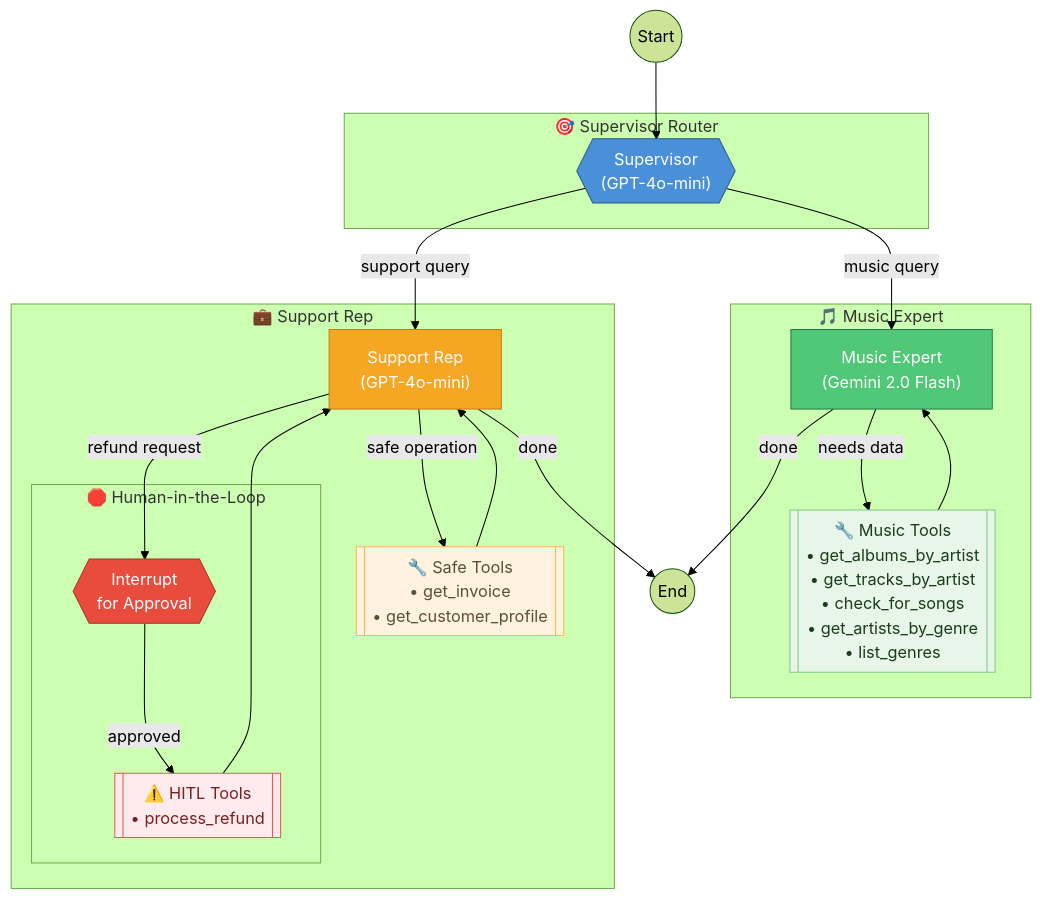
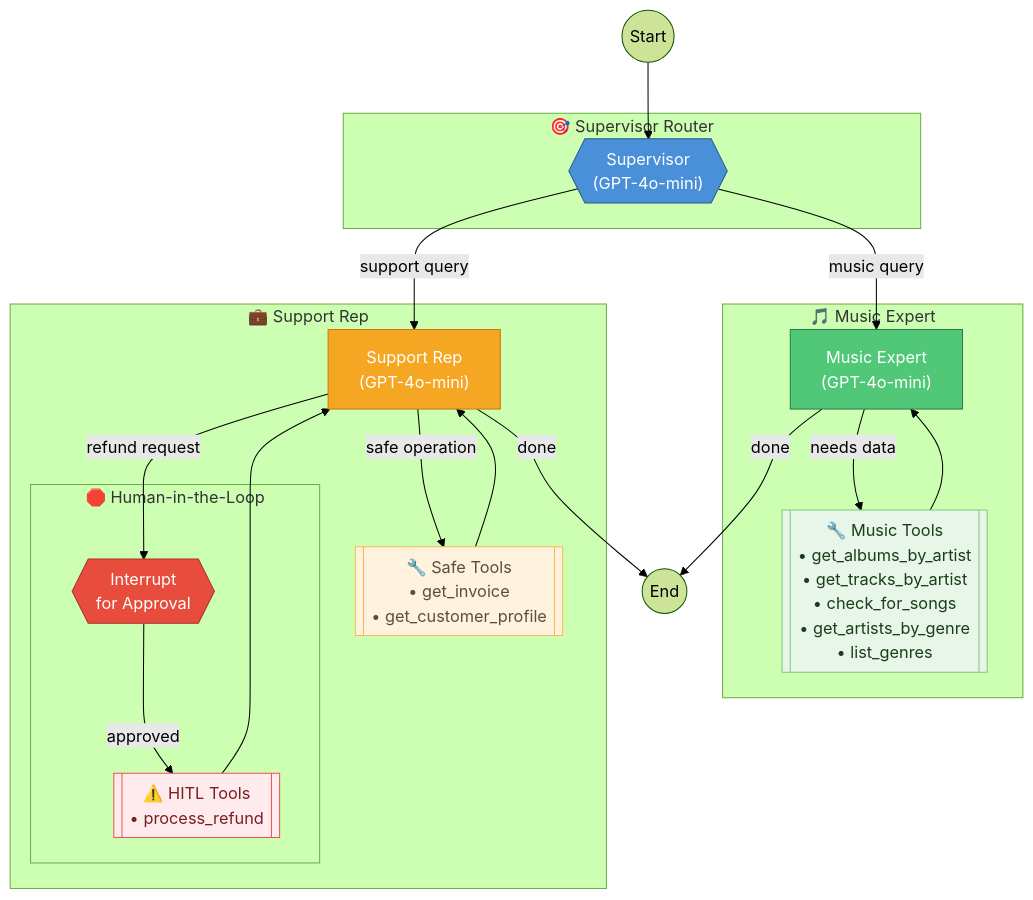
One commit to scarolan/music_store_assistant changed the diagram in README.md. Above: the diagram before and after it, drawn with Mermaid (forest theme). The commit also changed other lines of this file and 5 other files, not shown here.

Commit message:
Revert back to gpt-4o-mini

````diff
--- a/README.md
+++ b/README.md
@@ -9,46 +9,46 @@
 ```mermaid
 flowchart TD
     Start((Start)) --> supervisor
 
     subgraph Routing["🎯 Supervisor Router"]
         supervisor{{"Supervisor<br/>(GPT-4o-mini)"}}
     end
 
     supervisor -->|"music query"| music_expert
     supervisor -->|"support query"| support_rep
 
     subgraph Music["🎵 Music Expert"]
-        music_expert["Music Expert<br/>(Gemini 2.0 Flash)"]
+        music_expert["Music Expert<br/>(GPT-4o-mini)"]
         music_tools[["🔧 Music Tools<br/>• get_albums_by_artist<br/>• get_tracks_by_artist<br/>• check_for_songs<br/>• get_artists_by_genre<br/>• list_genres"]]
         music_expert -->|"needs data"| music_tools
         music_tools --> music_expert
     end
 
     subgraph Support["💼 Support Rep"]
         support_rep["Support Rep<br/>(GPT-4o-mini)"]
         support_tools[["🔧 Safe Tools<br/>• get_invoice<br/>• get_customer_profile"]]
         refund_tools[["⚠️ HITL Tools<br/>• process_refund"]]
         
         support_rep -->|"safe operation"| support_tools
         support_rep -->|"refund request"| hitl
         support_tools --> support_rep
         
         subgraph HITL["🛑 Human-in-the-Loop"]
             hitl{{"Interrupt<br/>for Approval"}}
             hitl -->|"approved"| refund_tools
         end
         
         refund_tools --> support_rep
     end
 
     music_expert -->|"done"| End((End))
     support_rep -->|"done"| End
 
     style supervisor fill:#4a90d9,stroke:#2d5a87,color:#fff
     style music_expert fill:#50c878,stroke:#2d7a4a,color:#fff
     style support_rep fill:#f5a623,stroke:#c77d0a,color:#fff
     style hitl fill:#e74c3c,stroke:#a93226,color:#fff
     style music_tools fill:#e8f5e9,stroke:#81c784,color:#1a3d1a
     style support_tools fill:#fff3e0,stroke:#ffb74d,color:#5d4e37
     style refund_tools fill:#ffebee,stroke:#ef5350,color:#7a1f1f
 ```
````
